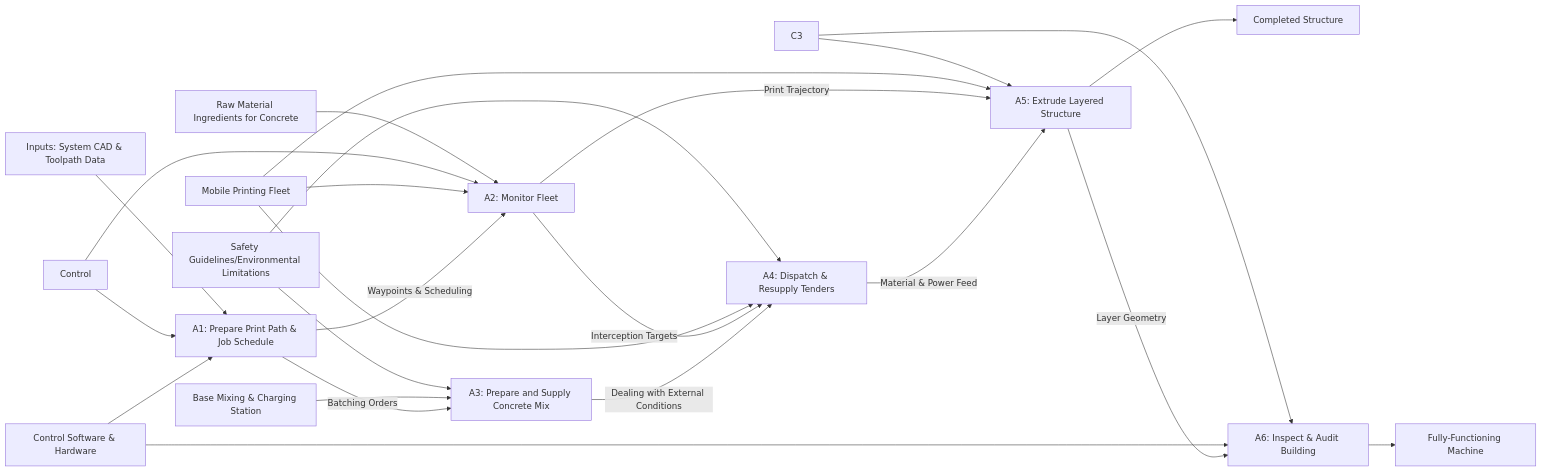
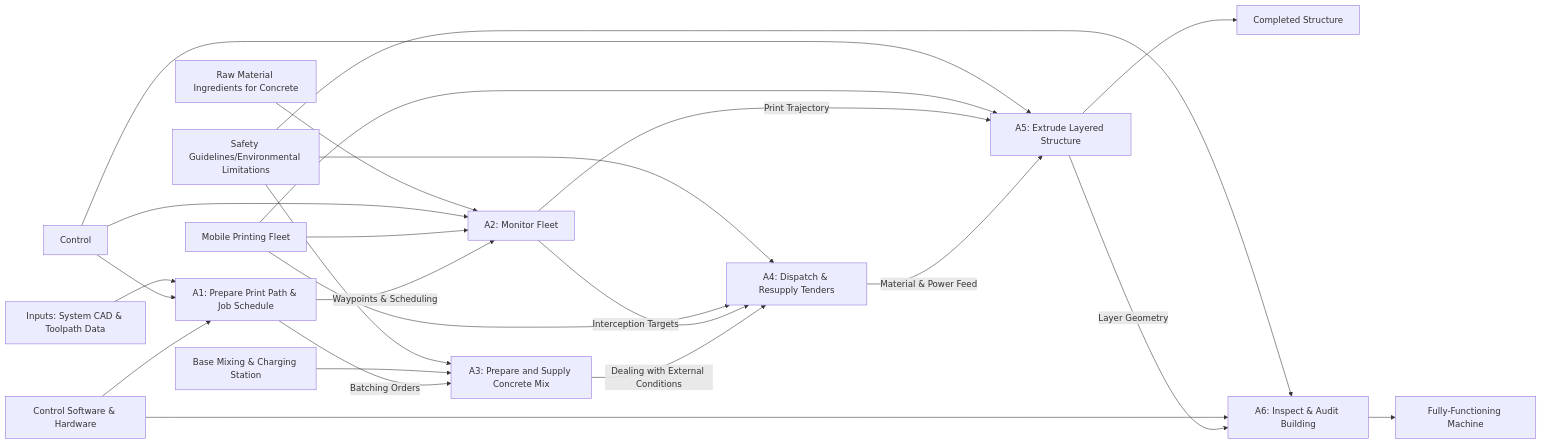
One commit to jbacenty-creator/MMET-491-IDEF0 changed the second of 2 diagrams in README.md. Above: the diagram before and after it, drawn with Mermaid.

````diff
--- a/README.md
+++ b/README.md
@@ -24,50 +24,50 @@
 ```mermaid
 flowchart LR
     I1["Inputs: System CAD & Toolpath Data"]
     I2["Raw Material Ingredients for Concrete"]
 
     C1["Control"]
     C2["Safety Guidelines/Environmental Limitations"]
 
     M1["Mobile Printing Fleet"]
     M2["Base Mixing & Charging Station"]
     M3["Control Software & Hardware"]
 
     O1["Completed Structure"]
     O2["Fully-Functioning Machine"]
 
     A1["A1: Prepare Print Path & Job Schedule"]
     A2["A2: Monitor Fleet"]
     A3["A3: Prepare and Supply Concrete Mix"]
     A4["A4: Dispatch & Resupply Tenders"]
     A5["A5: Extrude Layered Structure"]
     A6["A6: Inspect & Audit Building"]
 
     I1 --> A1
     I2 --> A2
 
     C1 --> A1
     C1 --> A2
     C2 --> A3
     C2 --> A4
-    C3 --> A5
-    C3 --> A6
+    C1 --> A5
+    C2 --> A6
 
     M1 --> A5
     M1 --> A2
     M1 --> A4
     M2 --> A3
     M3 --> A1
     M3 --> A6
 
     A1 -->|Waypoints & Scheduling| A2
     A1 -->|Batching Orders| A3
     A2 -->|Interception Targets| A4
     A2 -->|Print Trajectory| A5
     A3 -->|Dealing with External Conditions| A4
     A4 -->|Material & Power Feed| A5
     A5 -->|Layer Geometry| A6
 
     A5 --> O1
     A6 --> O2
 ```
````
